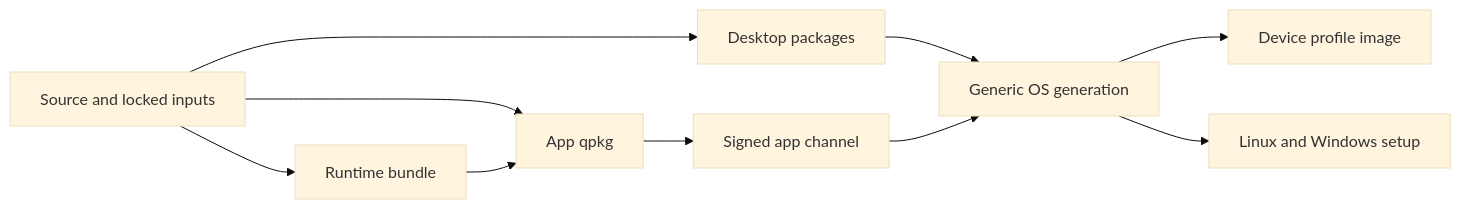
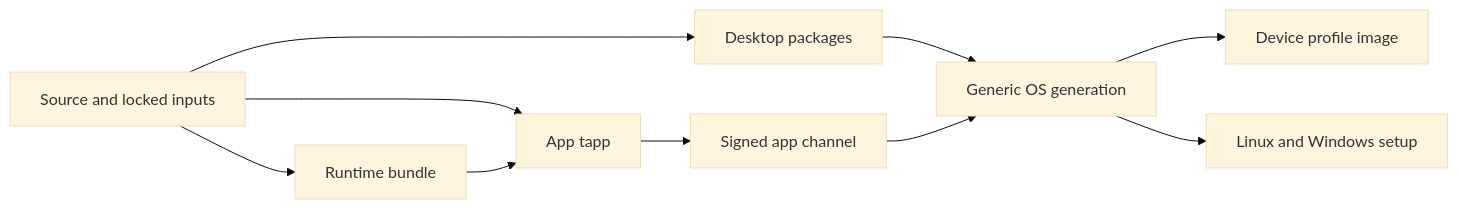
The diagram in docs/ci-production-roadmap.md (tilo-os/tilo), drawn with Mermaid (base theme) before and after one commit. The commit also changed other lines of this file and 695 other files, not shown here.

````diff
--- a/docs/ci-production-roadmap.md
+++ b/docs/ci-production-roadmap.md
@@ -54,12 +54,12 @@
 ```mermaid
 flowchart LR
   S[Source and locked inputs] --> R[Runtime bundle]
-  S --> A[App qpkg]
+  S --> A[App tapp]
   R --> A
   A --> C[Signed app channel]
   S --> D[Desktop packages]
   D --> O[Generic OS generation]
   C --> O
   O --> H[Device profile image]
   O --> I[Linux and Windows setup]
 ```
````
